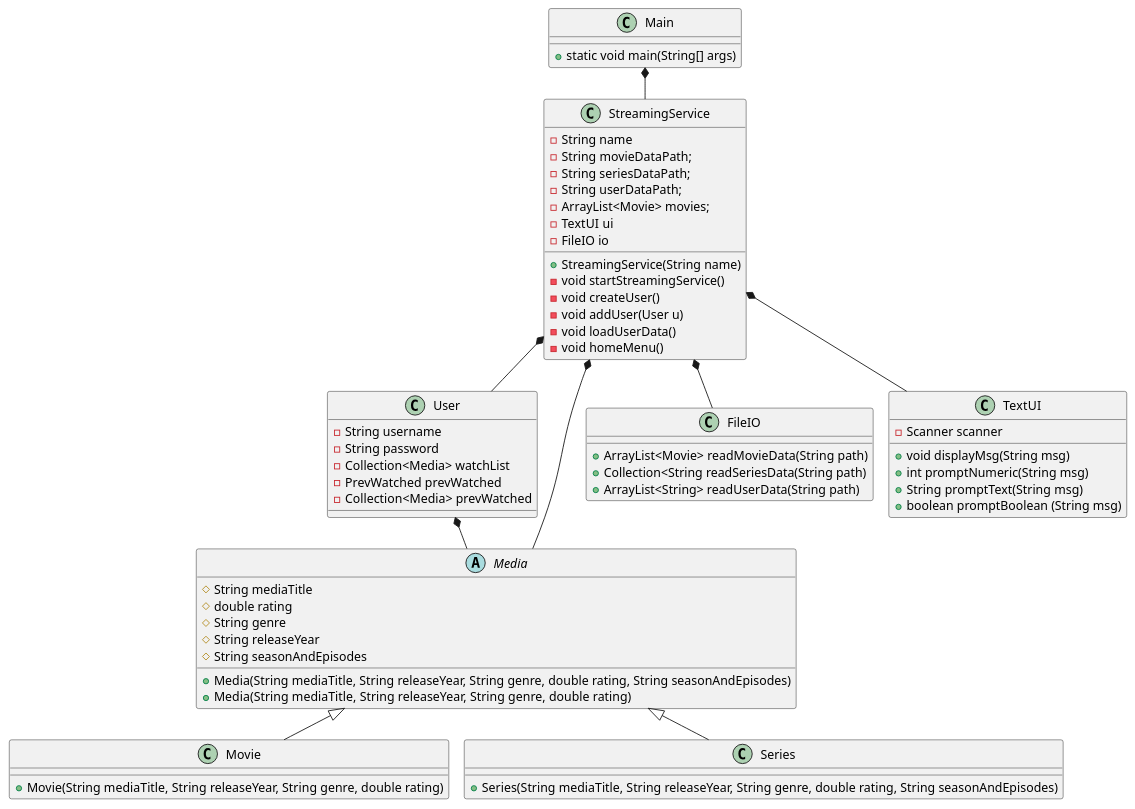
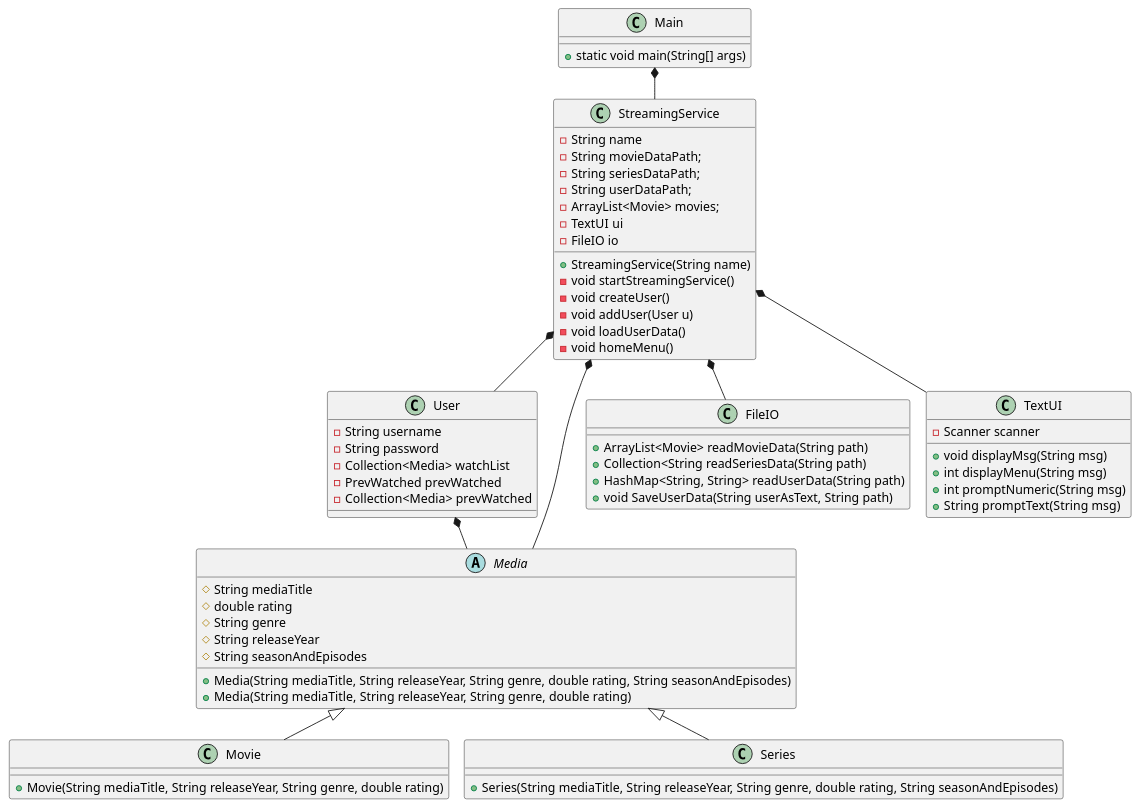
Before and after one commit to EmilDagsberg/SP3: the diagram in doc/classdiagram/classdiagram_v1.puml, drawn with PlantUML. The commit also changed 3 other files, not shown here.

Commit message:
Made Hashmap in fileio Made a displayHomeMenu in textui Small mistakes in classes Wrote changes in our classdiagram

```diff
--- a/doc/classdiagram/classdiagram_v1.puml
+++ b/doc/classdiagram/classdiagram_v1.puml
@@ -1,79 +1,81 @@
 @startuml
 !pragma layout smetana
 
 class Main {
 + static void main(String[] args)
 }
 
 class StreamingService{
 - String name
 - String movieDataPath;
 - String seriesDataPath;
 - String userDataPath;
 - ArrayList<Movie> movies;
 - TextUI ui
 - FileIO io
 + StreamingService(String name)
 - void startStreamingService()
 - void createUser()
 - void addUser(User u)
 - void loadUserData()
 - void homeMenu()
 
 
 }
 
 class User {
 - String username
 - String password
 - Collection<Media> watchList
 - PrevWatched prevWatched
 - Collection<Media> prevWatched
 
 }
 
 
 abstract class Media{
 # String mediaTitle
 # double rating
 # String genre
 # String releaseYear
 # String seasonAndEpisodes
 +Media(String mediaTitle, String releaseYear, String genre, double rating, String seasonAndEpisodes)
 +Media(String mediaTitle, String releaseYear, String genre, double rating)
 }
 
 class Movie{
 + Movie(String mediaTitle, String releaseYear, String genre, double rating)
 'metode der loader liste over film?
 
 }
 
 class Series{
 +Series(String mediaTitle, String releaseYear, String genre, double rating, String seasonAndEpisodes)
 'metode der loader liste over serier?
 }
 
 class FileIO {
 + ArrayList<Movie> readMovieData(String path)
 + Collection<String readSeriesData(String path)
-+ ArrayList<String> readUserData(String path)
++ HashMap<String, String> readUserData(String path)
++ void SaveUserData(String userAsText, String path)
 }
 
 class TextUI {
 - Scanner scanner
 + void displayMsg(String msg)
++ int displayMenu(String msg)
 + int promptNumeric(String msg)
 + String promptText(String msg)
-+ boolean promptBoolean (String msg)
+
 }
 
 Main *-- StreamingService
 StreamingService *-- User
 StreamingService *-- FileIO
 StreamingService *-- TextUI
 Media <|-- Movie
 Media <|-- Series
 StreamingService *-- Media
 User *-- Media
 @enduml
```
